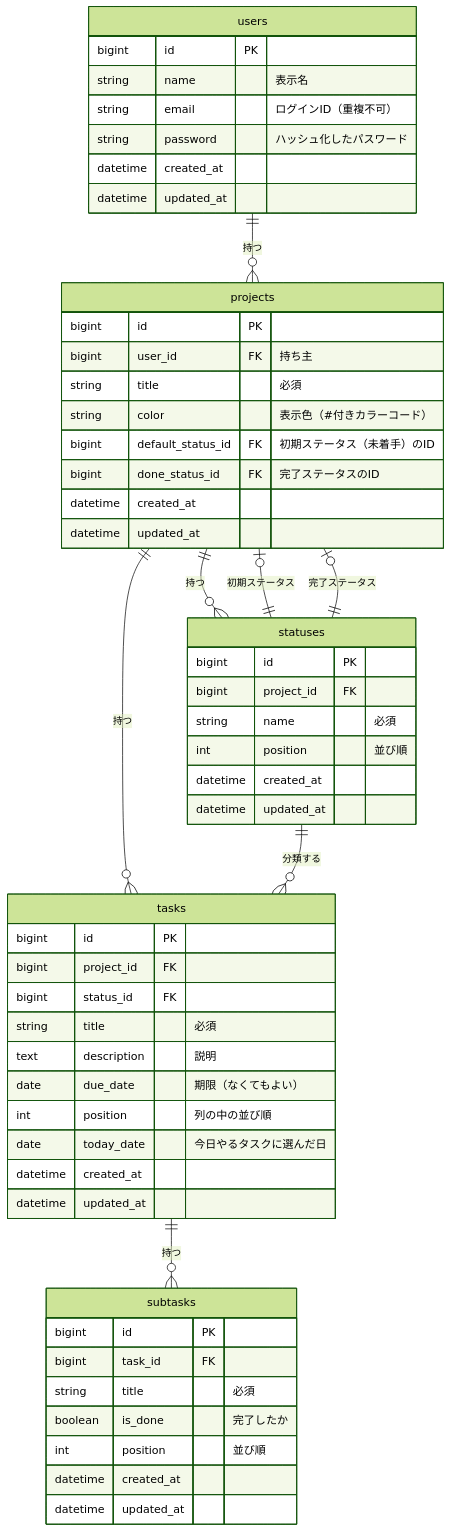
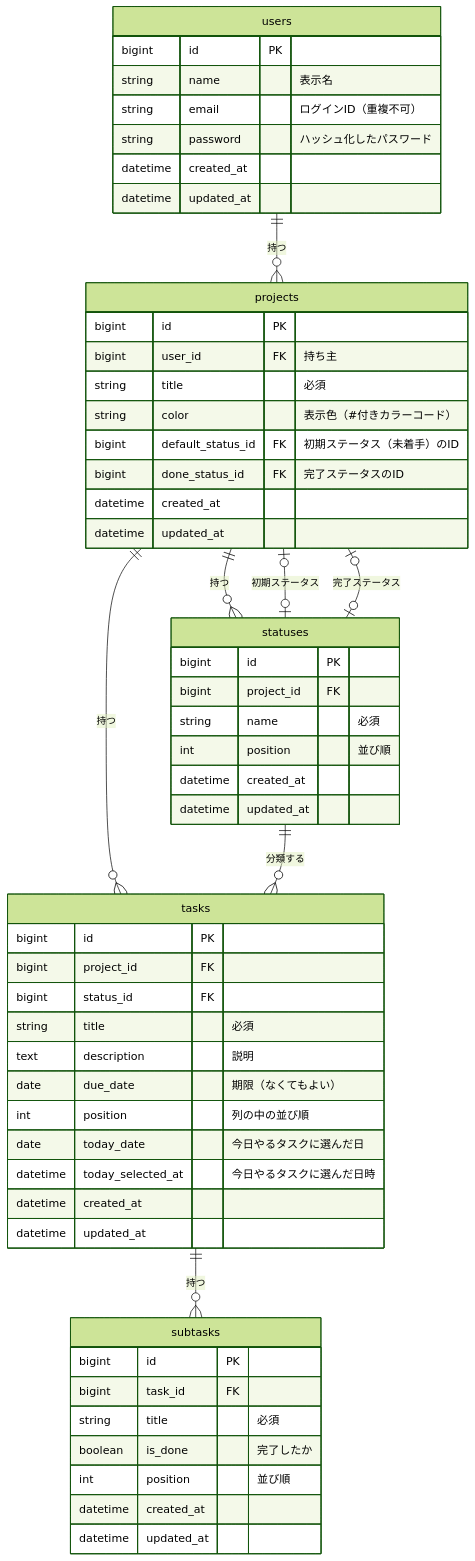
One commit to tonakaya77/TaskBoard changed the diagram in docs/database.md. Above: the diagram before and after it, drawn with Mermaid (forest theme). The commit also changed other lines of this file and 3 other files, not shown here.

````diff
--- a/docs/database.md
+++ b/docs/database.md
@@ -7,58 +7,59 @@
 ```mermaid
 erDiagram
     users ||--o{ projects : "持つ"
     projects ||--o{ statuses : "持つ"
-    projects |o--|| statuses : "初期ステータス"
-    projects |o--|| statuses : "完了ステータス"
+    projects |o--o| statuses : "初期ステータス"
+    projects |o--o| statuses : "完了ステータス"
     projects ||--o{ tasks : "持つ"
     statuses ||--o{ tasks : "分類する"
     tasks ||--o{ subtasks : "持つ"
 
     users {
         bigint id PK
         string name "表示名"
         string email "ログインID（重複不可）"
         string password "ハッシュ化したパスワード"
         datetime created_at
         datetime updated_at
     }
     projects {
         bigint id PK
         bigint user_id FK "持ち主"
         string title "必須"
         string color "表示色（#付きカラーコード）"
         bigint default_status_id FK "初期ステータス（未着手）のID"
         bigint done_status_id FK "完了ステータスのID"
         datetime created_at
         datetime updated_at
     }
     statuses {
         bigint id PK
         bigint project_id FK
         string name "必須"
         int position "並び順"
         datetime created_at
         datetime updated_at
     }
     tasks {
         bigint id PK
         bigint project_id FK
         bigint status_id FK
         string title "必須"
         text description "説明"
         date due_date "期限（なくてもよい）"
         int position "列の中の並び順"
         date today_date "今日やるタスクに選んだ日"
+        datetime today_selected_at "今日やるタスクに選んだ日時"
         datetime created_at
         datetime updated_at
     }
     subtasks {
         bigint id PK
         bigint task_id FK
         string title "必須"
         boolean is_done "完了したか"
         int position "並び順"
         datetime created_at
         datetime updated_at
     }
 ```
````
